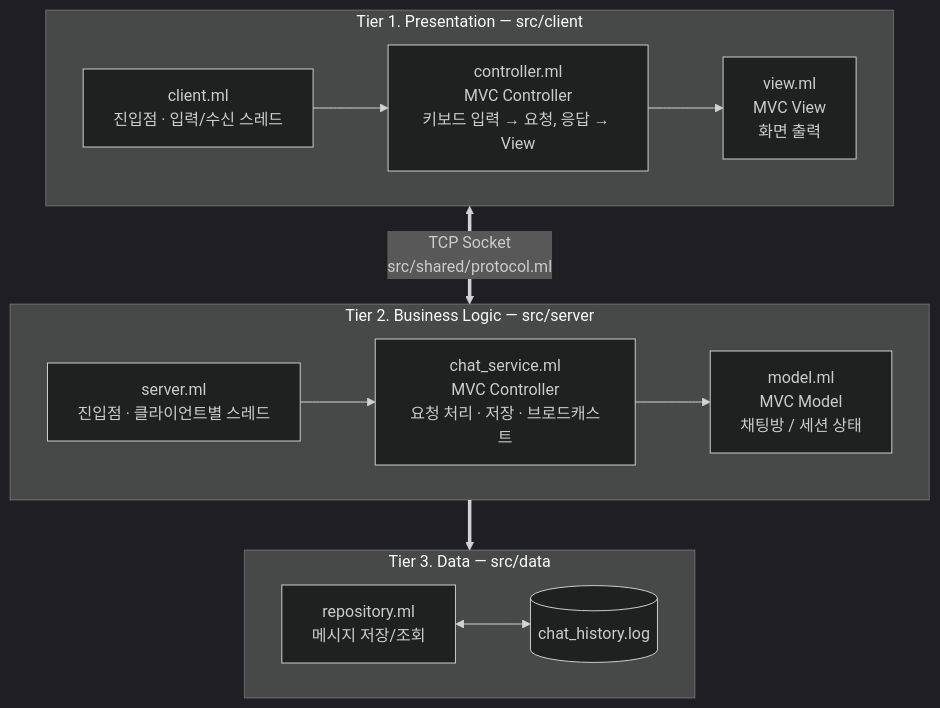
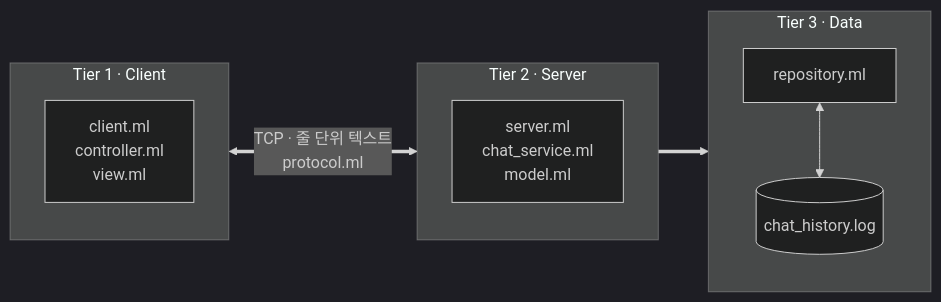
Before and after one commit to limpst/ocaml-chat: the diagram in README.md, drawn with Mermaid (dark theme). The commit also changed other lines of this file and 12 other files, not shown here.

````diff
--- a/README.md
+++ b/README.md
@@ -22,28 +17,14 @@
 ```mermaid
-flowchart TB
-    subgraph T1["Tier 1. Presentation — src/client"]
-        direction LR
-        CL["client.ml<br/>진입점 · 입력/수신 스레드"]
-        CC["controller.ml<br/>MVC Controller<br/>키보드 입력 → 요청, 응답 → View"]
-        CV["view.ml<br/>MVC View<br/>화면 출력"]
-        CL --> CC --> CV
+flowchart LR
+    subgraph T1["Tier 1 · Client"]
+        C1["client.ml<br/>controller.ml<br/>view.ml"]
     end
-
-    subgraph T2["Tier 2. Business Logic — src/server"]
-        direction LR
-        SS["server.ml<br/>진입점 · 클라이언트별 스레드"]
-        CS["chat_service.ml<br/>MVC Controller<br/>요청 처리 · 저장 · 브로드캐스트"]
-        SM["model.ml<br/>MVC Model<br/>채팅방 / 세션 상태"]
-        SS --> CS --> SM
+    subgraph T2["Tier 2 · Server"]
+        C2["server.ml<br/>chat_service.ml<br/>model.ml"]
     end
-
-    subgraph T3["Tier 3. Data — src/data"]
-        direction LR
-        RP["repository.ml<br/>메시지 저장/조회"]
-        LOG[("chat_history.log")]
-        RP <--> LOG
+    subgraph T3["Tier 3 · Data"]
+        C3["repository.ml"] <--> LOG[("chat_history.log")]
     end
-
-    T1 <==>|"TCP Socket<br/>src/shared/protocol.ml"| T2
+    T1 <==>|"TCP · 줄 단위 텍스트<br/>protocol.ml"| T2
     T2 ==> T3
 ```
````
